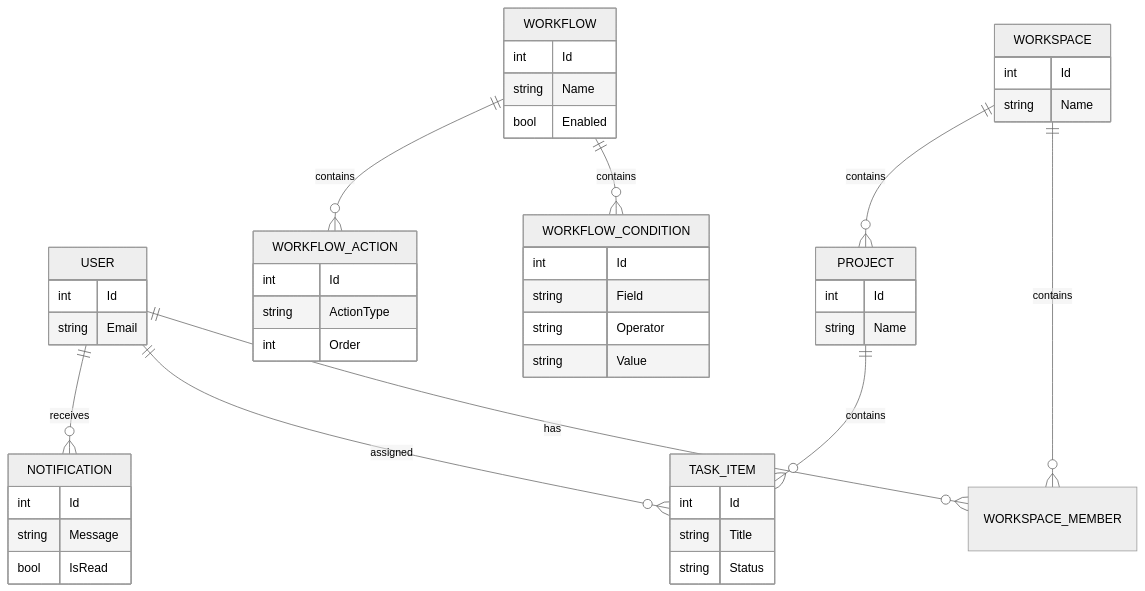
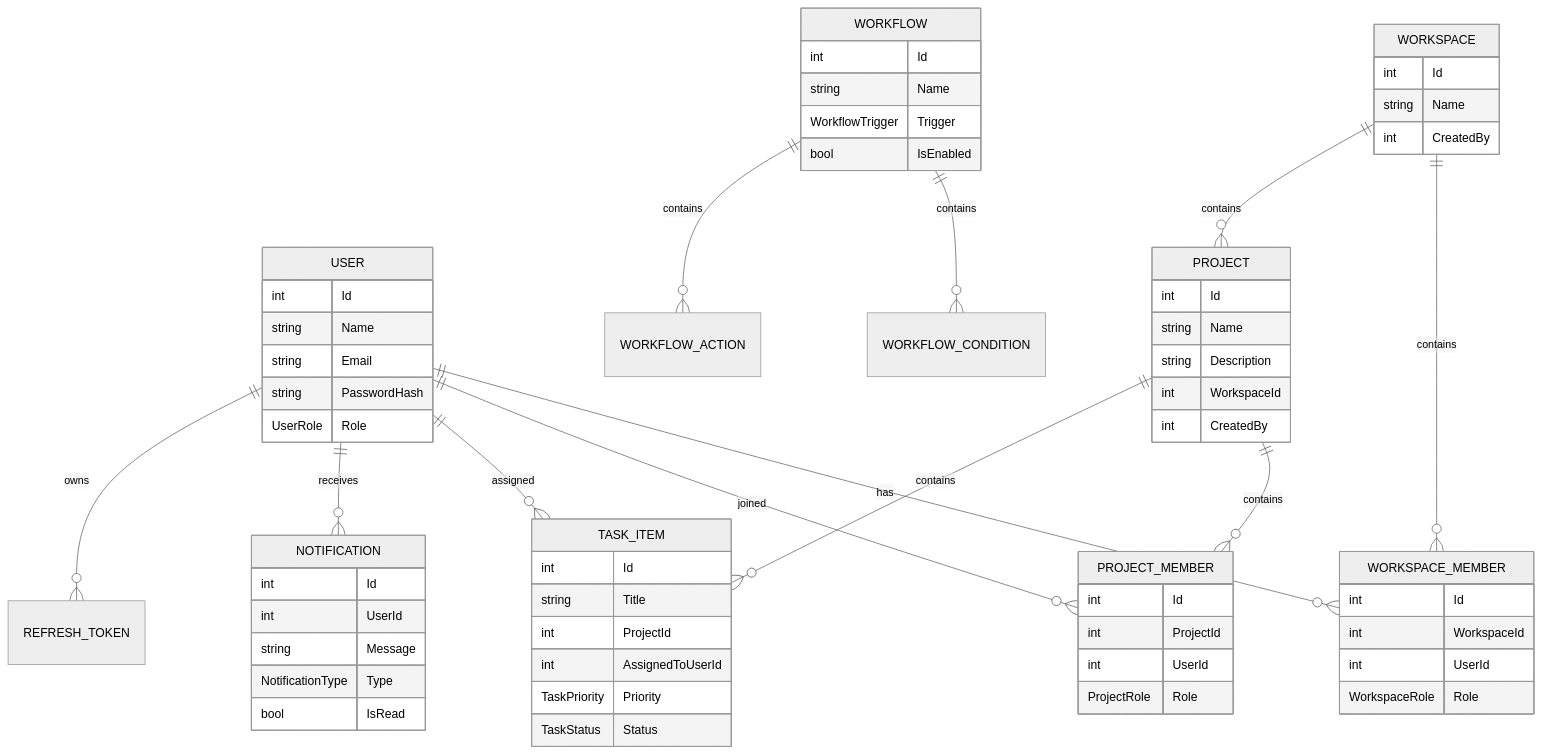
The fourth of 4 diagrams in README.md (MuhammadBilal64/DevFlow), drawn with Mermaid (neutral theme) before and after one commit. The commit also changed other lines of this file and 3 other files, not shown here.

````diff
--- a/README.md
+++ b/README.md
@@ -255,58 +251,75 @@
 ```mermaid
 erDiagram
 
 USER ||--o{ WORKSPACE_MEMBER : has
 WORKSPACE ||--o{ WORKSPACE_MEMBER : contains
 WORKSPACE ||--o{ PROJECT : contains
+PROJECT ||--o{ PROJECT_MEMBER : contains
+USER ||--o{ PROJECT_MEMBER : joined
 PROJECT ||--o{ TASK_ITEM : contains
 USER ||--o{ TASK_ITEM : assigned
 USER ||--o{ NOTIFICATION : receives
+USER ||--o{ REFRESH_TOKEN : owns
 WORKFLOW ||--o{ WORKFLOW_CONDITION : contains
 WORKFLOW ||--o{ WORKFLOW_ACTION : contains
 
 USER {
     int Id
+    string Name
     string Email
+    string PasswordHash
+    UserRole Role
 }
 
 WORKSPACE {
     int Id
     string Name
+    int CreatedBy
+}
+
+WORKSPACE_MEMBER {
+    int Id
+    int WorkspaceId
+    int UserId
+    WorkspaceRole Role
 }
 
 PROJECT {
     int Id
     string Name
+    string Description
+    int WorkspaceId
+    int CreatedBy
+}
+
+PROJECT_MEMBER {
+    int Id
+    int ProjectId
+    int UserId
+    ProjectRole Role
 }
 
 TASK_ITEM {
     int Id
     string Title
-    string Status
+    int ProjectId
+    int AssignedToUserId
+    TaskPriority Priority
+    TaskStatus Status
 }
 
 NOTIFICATION {
     int Id
+    int UserId
     string Message
+    NotificationType Type
     bool IsRead
 }
 
 WORKFLOW {
     int Id
     string Name
-    bool Enabled
-}
-
-WORKFLOW_CONDITION {
-    int Id
-    string Field
-    string Operator
-    string Value
-}
-
-WORKFLOW_ACTION {
-    int Id
-    string ActionType
-    int Order
+    WorkflowTrigger Trigger
+    bool IsEnabled
 }
 ```
````
